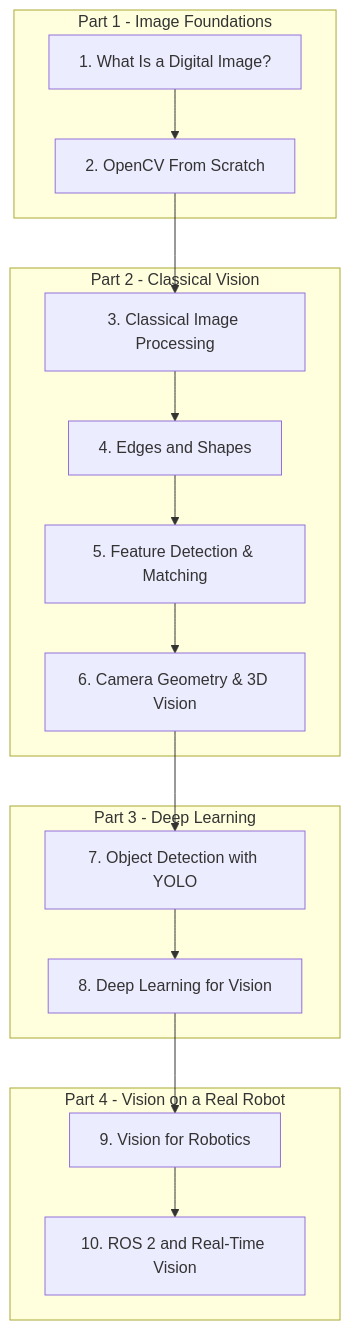
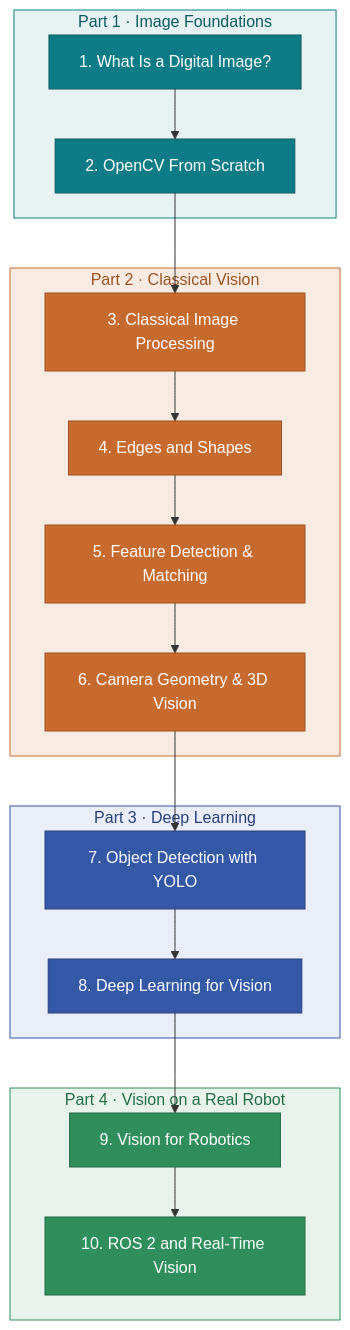
Before and after one commit to Pouya-Mansournia/robot-vision-zero-to-slam: the diagram in README.md, drawn with Mermaid. The commit also changed other lines of this file and 2 other files, not shown here.

Commit message:
Add two example images to the README and colour the roadmap diagram
- assets/contours-inspection.jpg and assets/yolo-detection.jpg, both
  pulled from the book's own chapters
- Mermaid learning-path diagram: colour nodes and subgraphs by part

````diff
--- a/README.md
+++ b/README.md
@@ -36,20 +36,34 @@
 ```mermaid
 flowchart TD
-    subgraph P1["Part 1 - Image Foundations"]
+    subgraph P1["Part 1 · Image Foundations"]
         C1["1. What Is a Digital Image?"] --> C2["2. OpenCV From Scratch"]
     end
-    subgraph P2["Part 2 - Classical Vision"]
+    subgraph P2["Part 2 · Classical Vision"]
         C3["3. Classical Image Processing"] --> C4["4. Edges and Shapes"]
         C4 --> C5["5. Feature Detection & Matching"]
         C5 --> C6["6. Camera Geometry & 3D Vision"]
     end
-    subgraph P3["Part 3 - Deep Learning"]
+    subgraph P3["Part 3 · Deep Learning"]
         C7["7. Object Detection with YOLO"] --> C8["8. Deep Learning for Vision"]
     end
-    subgraph P4["Part 4 - Vision on a Real Robot"]
+    subgraph P4["Part 4 · Vision on a Real Robot"]
         C9["9. Vision for Robotics"] --> C10["10. ROS 2 and Real-Time Vision"]
     end
     C2 --> C3
     C6 --> C7
     C8 --> C9
+
+    classDef found fill:#0e7c86,stroke:#0b5a61,color:#ffffff
+    classDef classic fill:#c76a2e,stroke:#9c5122,color:#ffffff
+    classDef deep fill:#3457a6,stroke:#28407c,color:#ffffff
+    classDef robot fill:#2f8f5b,stroke:#246e46,color:#ffffff
+    class C1,C2 found
+    class C3,C4,C5,C6 classic
+    class C7,C8 deep
+    class C9,C10 robot
+
+    style P1 fill:#e7f2f3,stroke:#0e7c86,color:#0b5a61
+    style P2 fill:#f8ece2,stroke:#c76a2e,color:#9c5122
+    style P3 fill:#e9eef8,stroke:#3457a6,color:#28407c
+    style P4 fill:#e8f3ec,stroke:#2f8f5b,color:#246e46
 ```
````
